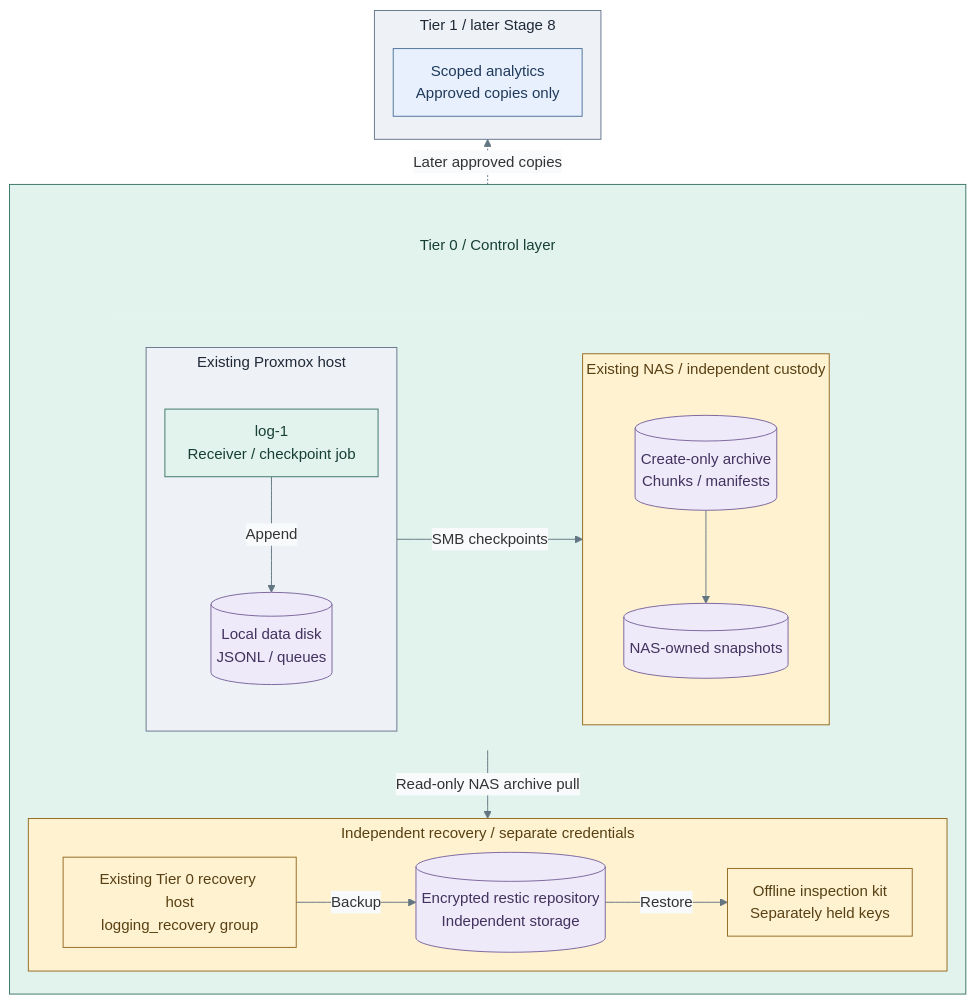
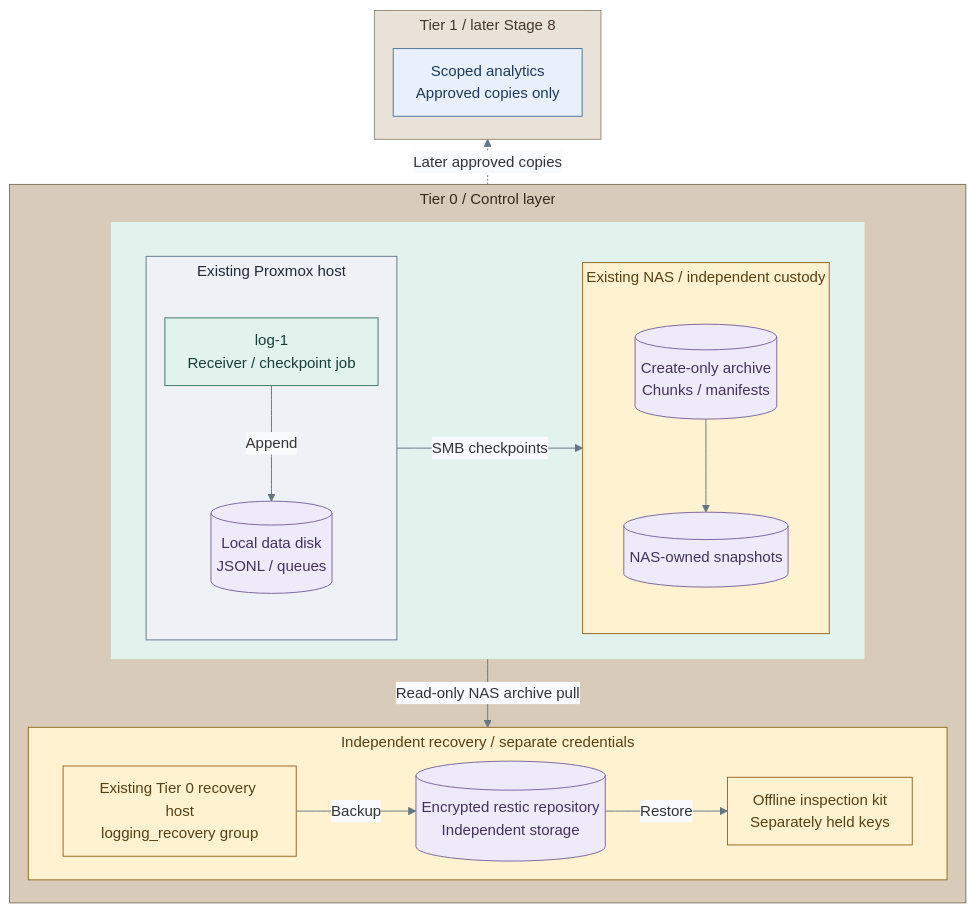
The first of 3 diagrams in docs/03-deployment/stage-2-logging/README.md (Rexus/homelab), drawn with Mermaid before and after one commit. The commit also changed other lines of this file and 108 other files, not shown here.

Commit message:
docs(diagrams): unify visual language and opening views

````diff
--- a/docs/03-deployment/stage-2-logging/README.md
+++ b/docs/03-deployment/stage-2-logging/README.md
@@ -12,51 +12,54 @@
 ```mermaid
 %%{init: {"theme":"base","flowchart":{"nodeSpacing":20,"rankSpacing":24,"padding":12,"subGraphTitleMargin":{"top":4,"bottom":12}},"themeVariables":{"lineColor":"#627581","edgeLabelBackground":"#f8fafc"}}}%%
 flowchart BT
   subgraph T1["Tier 1 / later Stage 8"]
     Search["Scoped analytics<br/>Approved copies only"]
   end
-  subgraph T0[" "]
+  subgraph T0["Tier 0 / Control layer"]
     direction TB
-    T0Title["Tier 0 / Control layer"]
     subgraph Placement[" "]
       direction LR
       subgraph PVE["Existing Proxmox host"]
         direction TB
         VM["log-1<br/>Receiver / checkpoint job"]
         Records[("Local data disk<br/>JSONL / queues")]
         VM -->|Append| Records
       end
       subgraph NAS["Existing NAS / independent custody"]
         direction TB
         Evidence[("Create-only archive<br/>Chunks / manifests")]
         Snapshots[("NAS-owned snapshots")]
         Evidence --> Snapshots
       end
       PVE -->|SMB checkpoints| NAS
     end
     subgraph Recovery["Independent recovery / separate credentials"]
       direction LR
       Backup["Existing Tier 0 recovery host<br/>logging_recovery group"]
       Copy[("Encrypted restic repository<br/>Independent storage")]
       Offline["Offline inspection kit<br/>Separately held keys"]
       Backup -->|Backup| Copy
       Copy -->|Restore| Offline
     end
-    T0Title ~~~ Placement
     Placement -->|Read-only NAS archive pull| Recovery
   end
   T0 -. "Later approved copies" .-> T1
   classDef default fill:#f8fafc,stroke:#64748b,color:#1f2937
   classDef boundary fill:#eef2f6,stroke:#64748b,color:#1f2937
   classDef control fill:#e2f3ed,stroke:#397366,color:#173f36
   classDef controlHeading fill:#e2f3ed,stroke:#e2f3ed,color:#173f36
   classDef data fill:#eeeafa,stroke:#78639b,color:#42325d
   classDef custody fill:#fff2d1,stroke:#926820,color:#584013
   classDef services fill:#e7f0fc,stroke:#4d719b,color:#203a5b
-  class T1,PVE boundary
-  class T0,VM control
-  class T0Title,Placement controlHeading
+  class PVE boundary
+  class VM control
+  class Placement controlHeading
   class Records,Evidence,Snapshots,Copy data
   class NAS,Recovery,Backup,Offline custody
   class Search services
+  classDef tier0 fill:#d8cbb9,stroke:#83715a,color:#352a1e
+  class T0 tier0
+  classDef tier1 fill:#e9e2d8,stroke:#968976,color:#44382a
+  class T1 tier1
+  classDef tier0Heading fill:#d8cbb9,stroke:#d8cbb9,color:#352a1e
 ```
````
